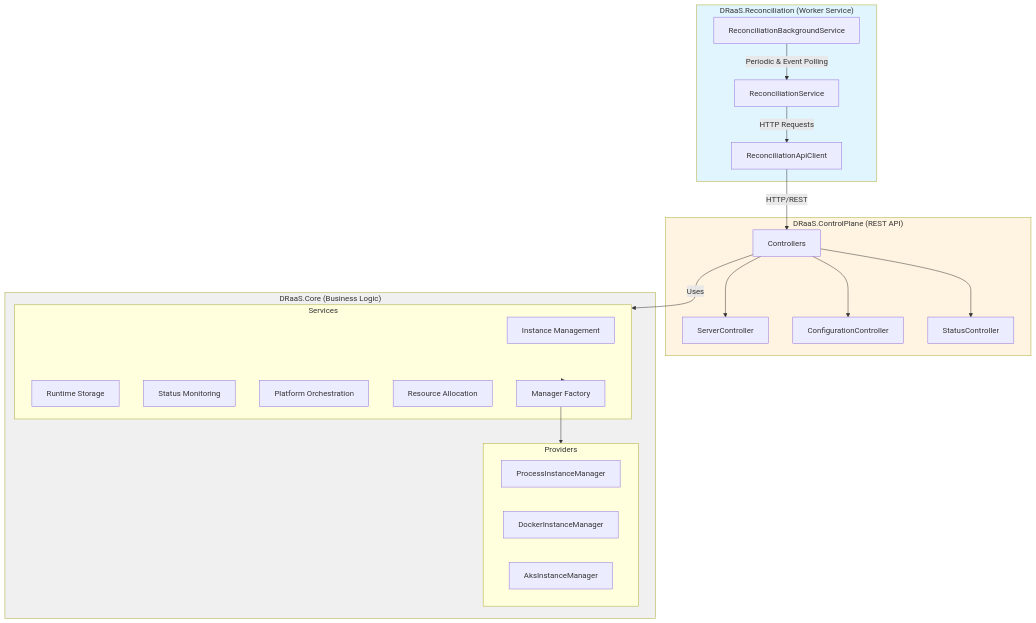
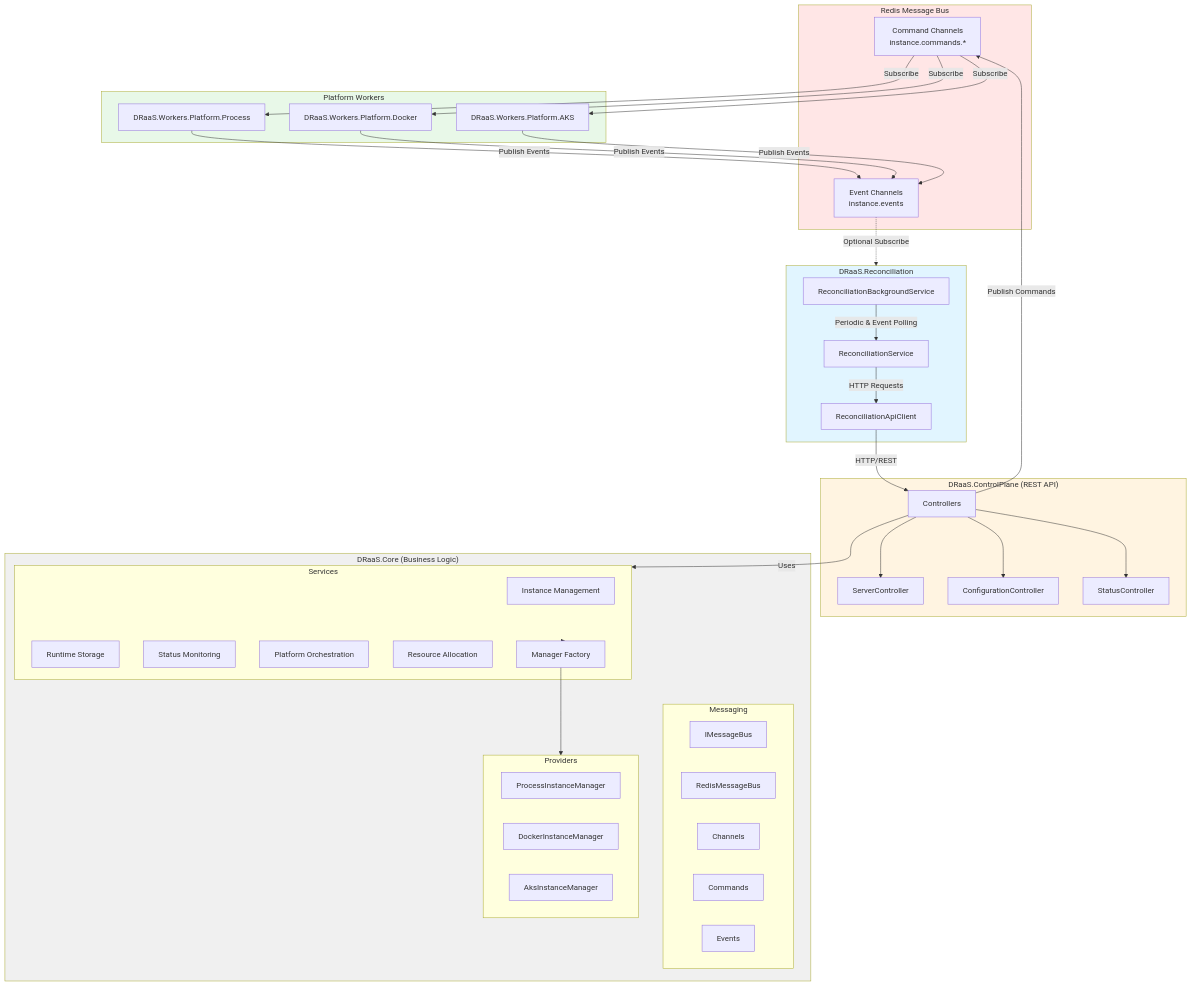
Before and after one commit to samirbanjanovic/draas: the first of 3 diagrams in README.md, drawn with Mermaid. The commit also changed other lines of this file and 4 other files, not shown here.

First line of the commit message:
Refactor docs for distributed message bus architecture

````diff
--- a/README.md
+++ b/README.md
@@ -22,47 +22,78 @@
 ```mermaid
 graph TB
-    subgraph Reconciliation["DRaaS.Reconciliation (Worker Service)"]
+    subgraph MessageBus["Redis Message Bus"]
+        CmdChannels[Command Channels<br/>instance.commands.*]
+        EventChannels[Event Channels<br/>instance.events]
+    end
+
+    subgraph Workers["Platform Workers"]
+        ProcessWorker[DRaaS.Workers.Platform.Process]
+        DockerWorker[DRaaS.Workers.Platform.Docker]
+        AKSWorker[DRaaS.Workers.Platform.AKS]
+    end
+
+    subgraph Reconciliation["DRaaS.Reconciliation"]
         RecBG[ReconciliationBackgroundService]
         RecSvc[ReconciliationService]
         RecAPI[ReconciliationApiClient]
         RecBG -->|Periodic & Event Polling| RecSvc
         RecSvc -->|HTTP Requests| RecAPI
     end
 
     subgraph ControlPlane["DRaaS.ControlPlane (REST API)"]
         Controllers[Controllers]
         ServerCtrl[ServerController]
         ConfigCtrl[ConfigurationController]
         StatusCtrl[StatusController]
         Controllers --> ServerCtrl
         Controllers --> ConfigCtrl
         Controllers --> StatusCtrl
     end
 
     subgraph Core["DRaaS.Core (Business Logic)"]
+        subgraph Messaging["Messaging"]
+            IMessageBus[IMessageBus]
+            RedisMessageBus[RedisMessageBus]
+            Channels[Channels]
+            Commands[Commands]
+            Events[Events]
+        end
+
         subgraph Services["Services"]
             Instance[Instance Management]
             Storage[Runtime Storage]
             Monitoring[Status Monitoring]
             Orchestration[Platform Orchestration]
             Resources[Resource Allocation]
             Factory[Manager Factory]
         end
 
         subgraph Providers["Providers"]
-            Process[ProcessInstanceManager]
-            Docker[DockerInstanceManager]
-            AKS[AksInstanceManager]
+            ProcessMgr[ProcessInstanceManager]
+            DockerMgr[DockerInstanceManager]
+            AKSMgr[AksInstanceManager]
         end
 
         Services --> Factory
         Factory --> Providers
     end
 
+    Controllers -->|Publish Commands| CmdChannels
+    CmdChannels -->|Subscribe| ProcessWorker
+    CmdChannels -->|Subscribe| DockerWorker
+    CmdChannels -->|Subscribe| AKSWorker
+
+    ProcessWorker -->|Publish Events| EventChannels
+    DockerWorker -->|Publish Events| EventChannels
+    AKSWorker -->|Publish Events| EventChannels
+
+    EventChannels -.->|Optional Subscribe| Reconciliation
     RecAPI -->|HTTP/REST| Controllers
     Controllers -->|Uses| Services
 
+    style MessageBus fill:#ffe6e6
+    style Workers fill:#e8f8e8
     style Reconciliation fill:#e1f5ff
     style ControlPlane fill:#fff4e1
     style Core fill:#f0f0f0
 ```
````
